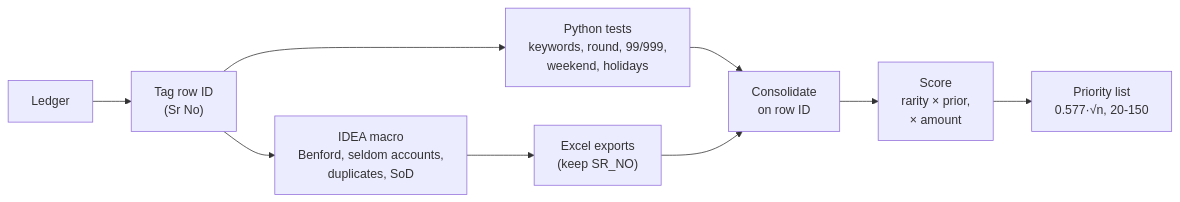
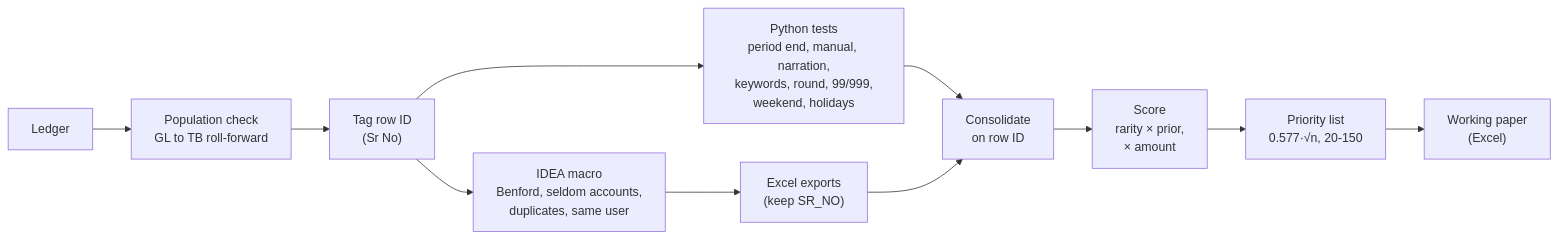
Before and after one commit to luke-menezes/gl-risk-scoring: the diagram in README.md, drawn with Mermaid. The commit also changed other lines of this file and 5 other files, not shown here.

````diff
--- a/README.md
+++ b/README.md
@@ -23,11 +77,13 @@
 ```mermaid
 flowchart LR
-    A[Ledger] --> B["Tag row ID<br/>(Sr No)"]
-    B --> C["Python tests<br/>keywords, round, 99/999,<br/>weekend, holidays"]
-    B --> D["IDEA macro<br/>Benford, seldom accounts,<br/>duplicates, SoD"]
+    A[Ledger] --> P["Population check<br/>GL to TB roll-forward"]
+    P --> B["Tag row ID<br/>(Sr No)"]
+    B --> C["Python tests<br/>period end, manual, narration,<br/>keywords, round, 99/999,<br/>weekend, holidays"]
+    B --> D["IDEA macro<br/>Benford, seldom accounts,<br/>duplicates, same user"]
     D --> E["Excel exports<br/>(keep SR_NO)"]
     C --> F["Consolidate<br/>on row ID"]
     E --> F
     F --> G["Score<br/>rarity × prior,<br/>× amount"]
     G --> H["Priority list<br/>0.577·√n, 20-150"]
+    H --> W["Working paper<br/>(Excel)"]
 ```
````
